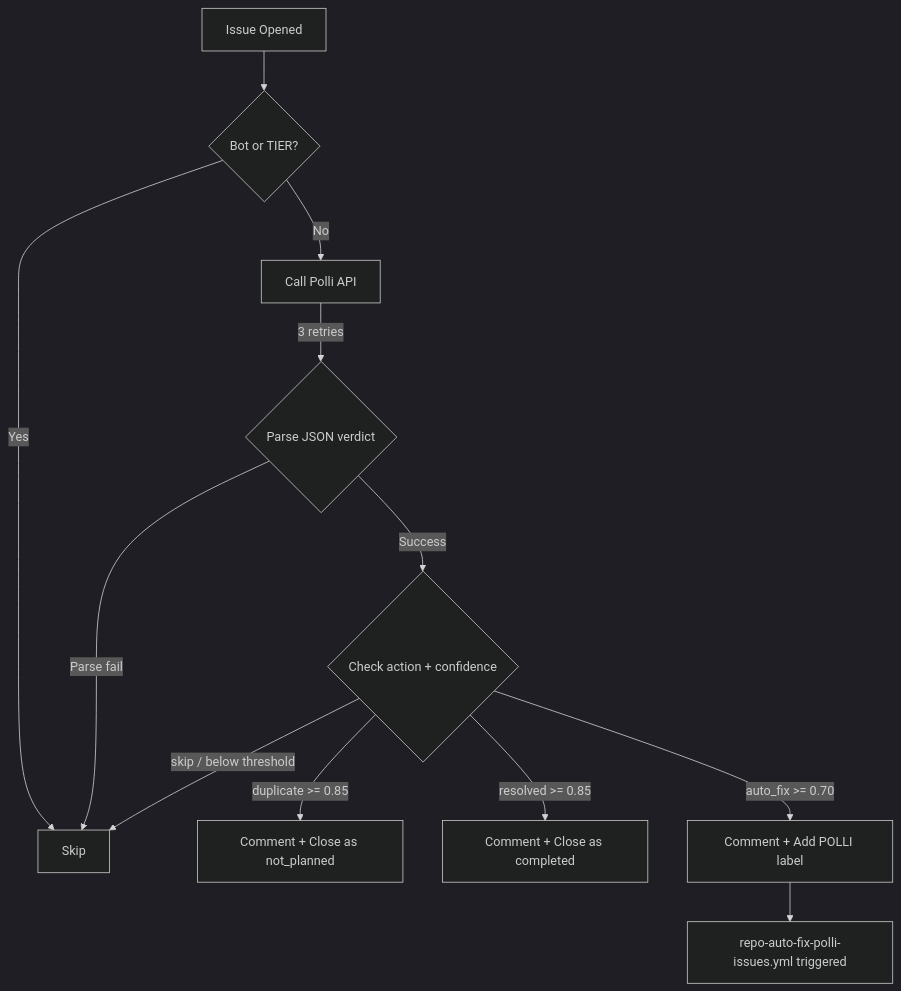
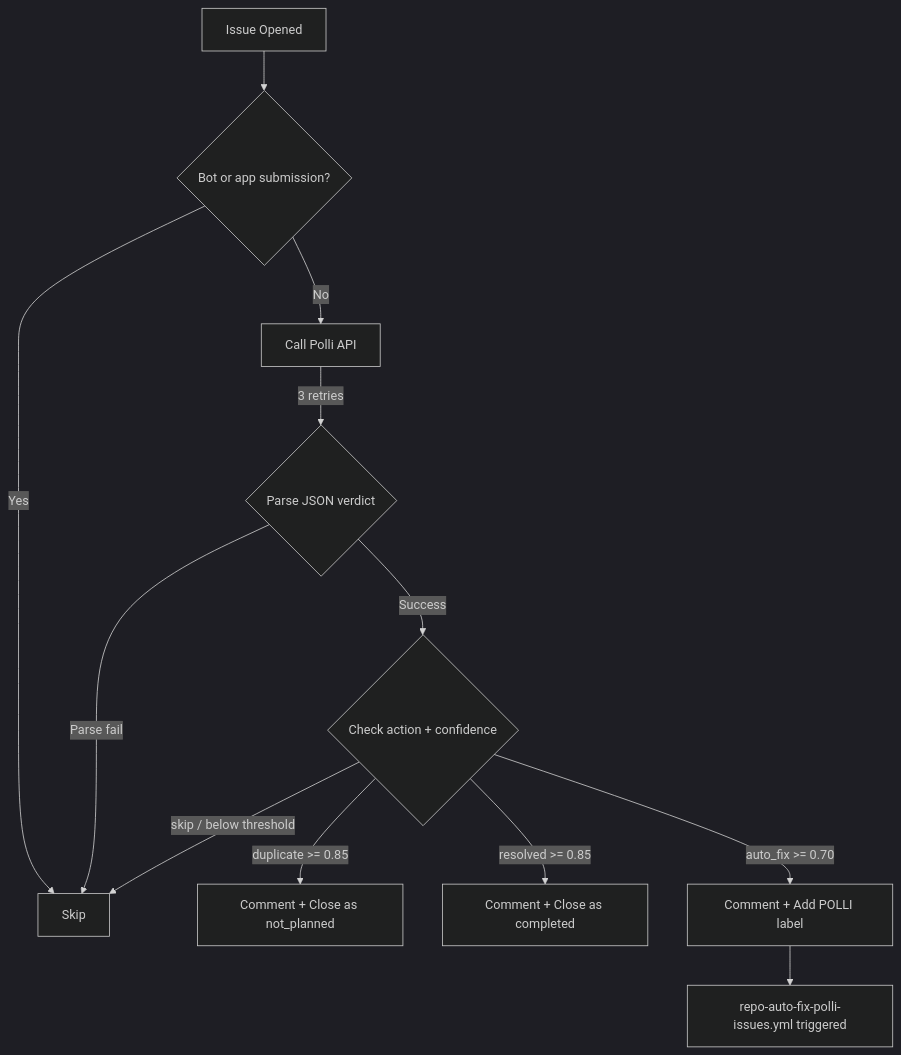
Before and after one commit to pollinations/pollinations: the first of 4 diagrams in .github/docs/TRIAGE.md, drawn with Mermaid. The commit also changed other lines of this file and 27 other files, not shown here.

Commit message:
feat: simplify app submission workflow

````diff
--- a/.github/docs/TRIAGE.md
+++ b/.github/docs/TRIAGE.md
@@ -17,15 +17,15 @@
 ```mermaid
 %%{init: {'theme': 'dark'}}%%
 flowchart TD
-    A[Issue Opened] --> B{Bot or TIER?}
+    A[Issue Opened] --> B{Bot or app submission?}
     B -->|Yes| C[Skip]
     B -->|No| D[Call Polli API]
     D -->|3 retries| E{Parse JSON verdict}
     E -->|Parse fail| C
     E -->|Success| F{Check action + confidence}
     F -->|duplicate >= 0.85| G[Comment + Close as not_planned]
     F -->|resolved >= 0.85| H[Comment + Close as completed]
     F -->|auto_fix >= 0.70| I[Comment + Add POLLI label]
     F -->|skip / below threshold| C
     I --> J[repo-auto-fix-polli-issues.yml triggered]
 ```
````
